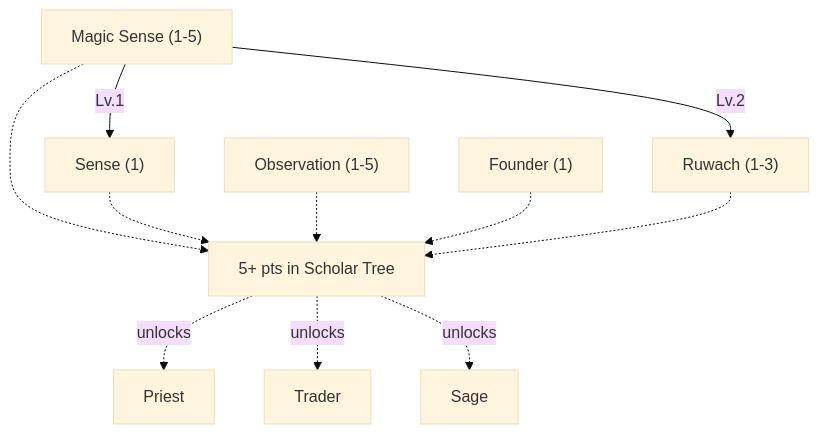
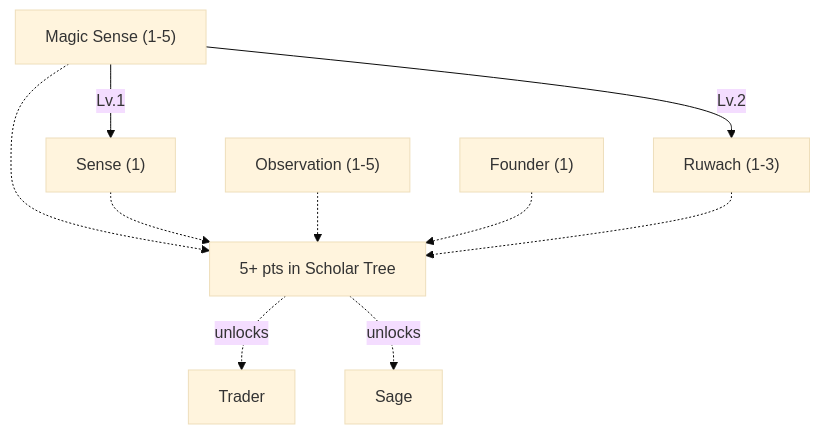
The ninth of 13 diagrams in content/docs/mechanics/master.md (tfelix/bestia-docs), drawn with Mermaid (base theme) before and after one commit. The commit also changed other lines of this file and 1 other file, not shown here.

````diff
--- a/content/docs/mechanics/master.md
+++ b/content/docs/mechanics/master.md
@@ -941,23 +847,23 @@
 ```mermaid
 graph TD
     MagicSense["Magic Sense (1-5)"]
     Sense["Sense (1)"]
     Observation["Observation (1-5)"]
     Founder["Founder (1)"]
     Ruwach["Ruwach (1-3)"]
     Gate["5+ pts in Scholar Tree"]
-    Priest["Priest"]
+    %% Priest["Priest"] %% parked
     Trader["Trader"]
     Sage["Sage"]
 
     MagicSense -->|Lv.2| Ruwach
     MagicSense -->|Lv.1| Sense
     MagicSense -.-> Gate
     Sense -.-> Gate
     Observation -.-> Gate
     Founder -.-> Gate
     Ruwach -.-> Gate
-    Gate -.->|unlocks| Priest
+    %% Gate -.->|unlocks| Priest
     Gate -.->|unlocks| Trader
     Gate -.->|unlocks| Sage
 ```
````
